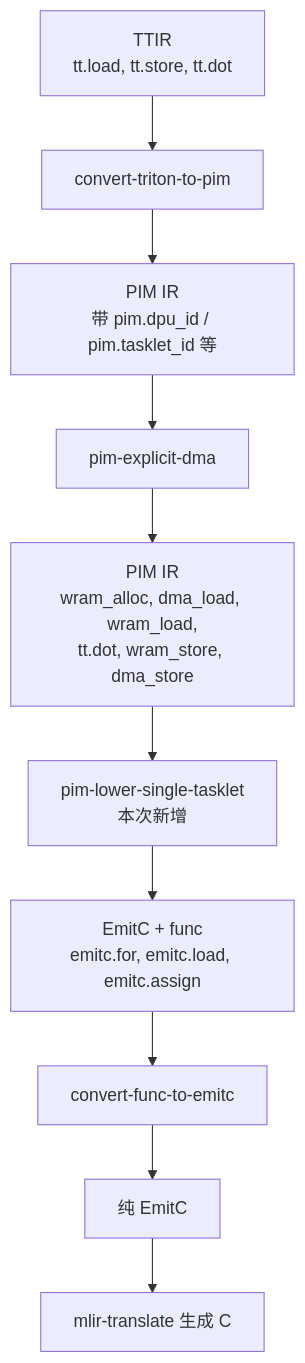
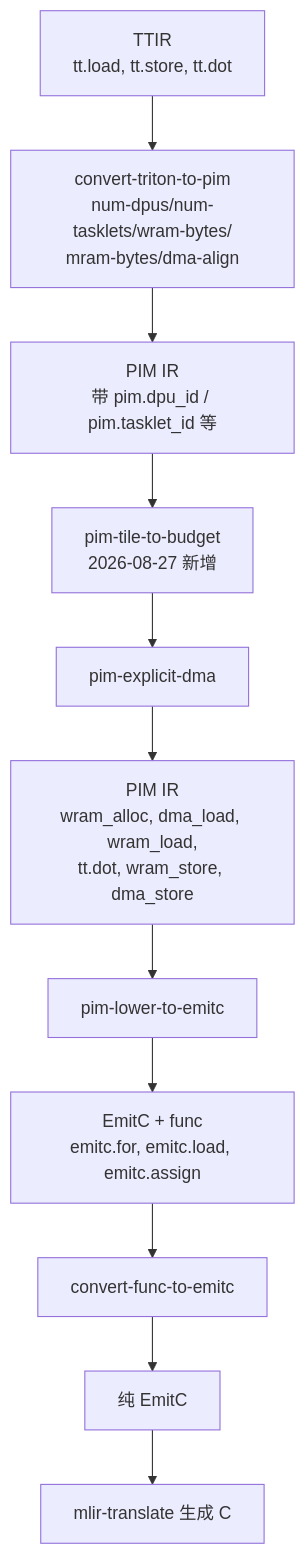
Before and after one commit to jingge815/flagos-pim-compiler: the sixth of 11 diagrams in docs/opcompiler_bridge-20260825.md, drawn with Mermaid. The commit also changed other lines of this file and 13 other files, not shown here.

````diff
--- a/docs/opcompiler_bridge-20260825.md
+++ b/docs/opcompiler_bridge-20260825.md
@@ -356,12 +362,13 @@
 ```mermaid
 flowchart TD
-    A["TTIR<br/>tt.load, tt.store, tt.dot"] --> B["convert-triton-to-pim"]
+    A["TTIR<br/>tt.load, tt.store, tt.dot"] --> B["convert-triton-to-pim<br/>num-dpus/num-tasklets/wram-bytes/<br/>mram-bytes/dma-align"]
     B --> C["PIM IR<br/>带 pim.dpu_id / pim.tasklet_id 等"]
-    C --> D["pim-explicit-dma"]
+    C --> C1["pim-tile-to-budget<br/>2026-08-27 新增"]
+    C1 --> D["pim-explicit-dma"]
     D --> E["PIM IR<br/>wram_alloc, dma_load, wram_load,<br/>tt.dot, wram_store, dma_store"]
-    E --> F["pim-lower-single-tasklet<br/>本次新增"]
+    E --> F["pim-lower-to-emitc"]
     F --> G["EmitC + func<br/>emitc.for, emitc.load, emitc.assign"]
     G --> H["convert-func-to-emitc"]
     H --> I["纯 EmitC"]
     I --> J["mlir-translate 生成 C"]
 ```
````
